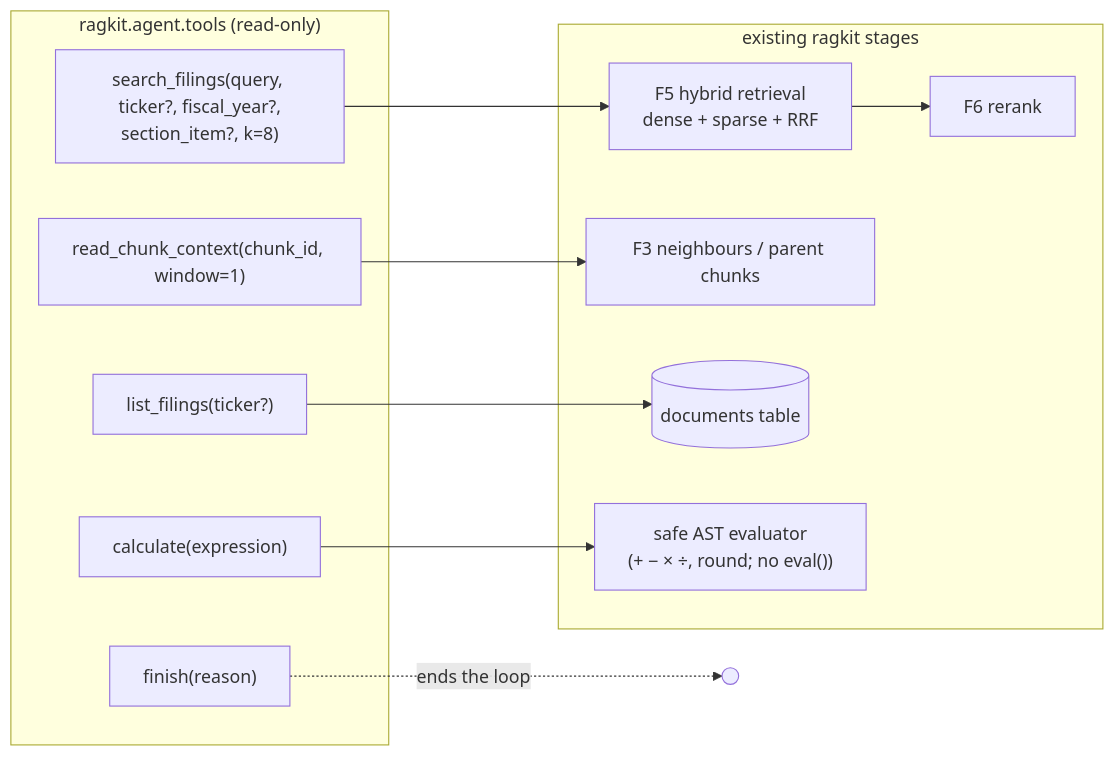
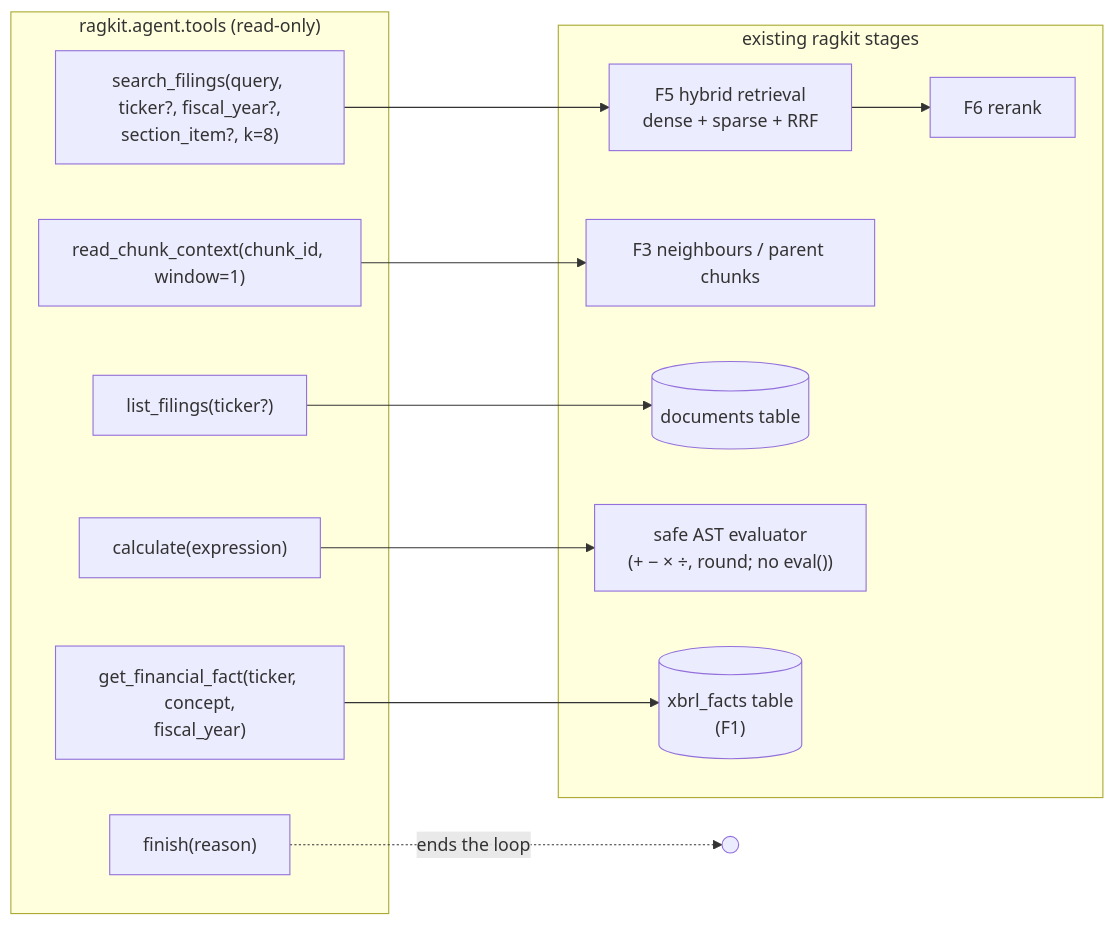
One commit to pRiMeXoMeGa/AI-Learning-Projects changed the second of 4 diagrams in projects/01-rag-eval-lab/docs/08-build-plan/F18-agentic-rag.md. Above: the diagram before and after it, drawn with Mermaid. The commit also changed other lines of this file and 23 other files, not shown here.

````diff
--- a/projects/01-rag-eval-lab/docs/08-build-plan/F18-agentic-rag.md
+++ b/projects/01-rag-eval-lab/docs/08-build-plan/F18-agentic-rag.md
@@ -50,22 +50,25 @@
 ```mermaid
 flowchart LR
     subgraph AGENT["ragkit.agent.tools (read-only)"]
         T1["search_filings(query, ticker?, fiscal_year?,<br/>section_item?, k=8)"]
         T2["read_chunk_context(chunk_id, window=1)"]
         T3["list_filings(ticker?)"]
         T4["calculate(expression)"]
+        T6["get_financial_fact(ticker, concept,<br/>fiscal_year)"]
         T5["finish(reason)"]
     end
     subgraph CORE["existing ragkit stages"]
         R5["F5 hybrid retrieval<br/>dense + sparse + RRF"]
         R6["F6 rerank"]
         R3["F3 neighbours / parent chunks"]
         DOCS[("documents table")]
         CALC["safe AST evaluator<br/>(+ − × ÷, round; no eval())"]
+        XB[("xbrl_facts table<br/>(F1)")]
     end
     T1 --> R5 --> R6
     T2 --> R3
     T3 --> DOCS
     T4 --> CALC
+    T6 --> XB
     T5 -.->|"ends the loop"| X(( ))
 ```
````
